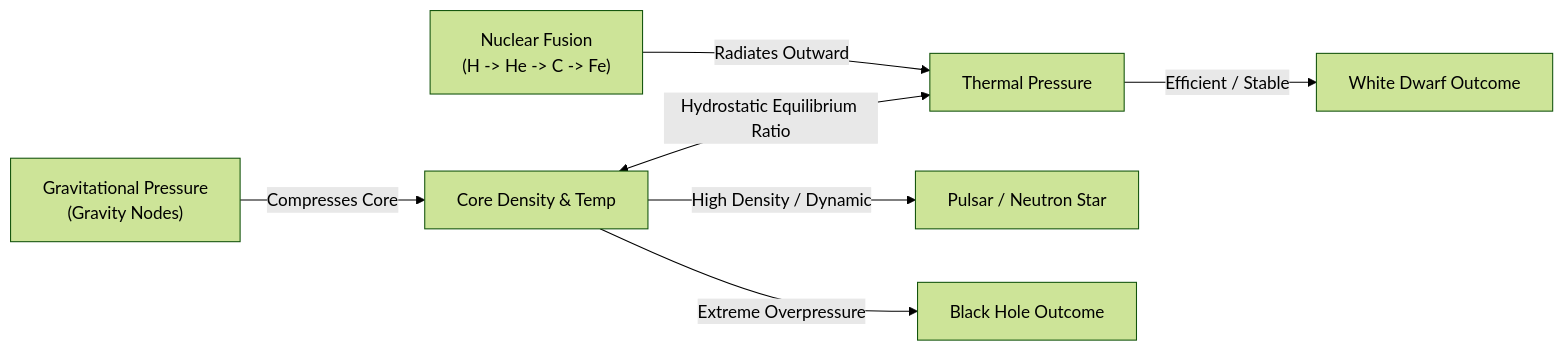
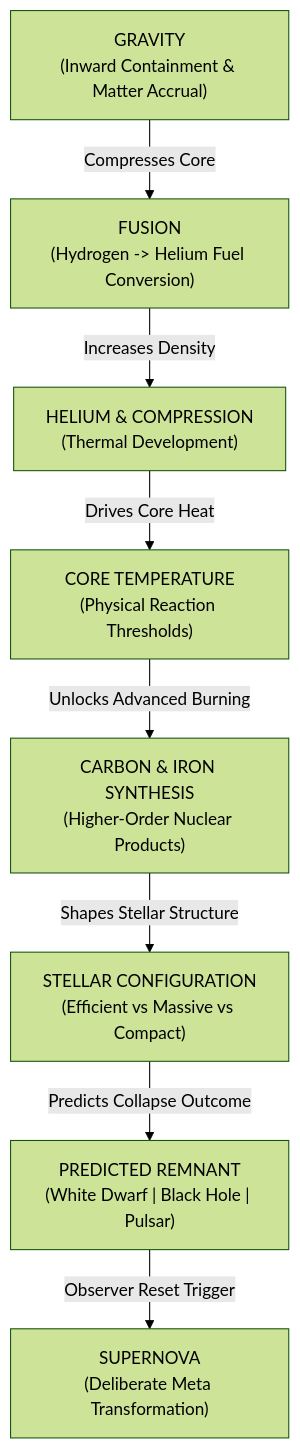
One commit to Entropy030/star-forge-idle changed the second of 3 diagrams in docs/10_P5_DESIGN_SYNTHESIS.md. Above: the diagram before and after it, drawn with Mermaid (forest theme). The commit also changed other lines of this file, not shown here.

````diff
--- a/docs/10_P5_DESIGN_SYNTHESIS.md
+++ b/docs/10_P5_DESIGN_SYNTHESIS.md
@@ -324,9 +263,10 @@
 ```mermaid
-graph LR
-  Gravity["Gravitational Pressure\n(Gravity Nodes)"] -->|"Compresses Core"| Density["Core Density & Temp"]
-  Fusion["Nuclear Fusion\n(H -> He -> C -> Fe)"] -->|"Radiates Outward"| Pressure["Thermal Pressure"]
-  Density <-->|"Hydrostatic Equilibrium Ratio"| Pressure
-  Pressure -->|"Efficient / Stable"| WhiteDwarf["White Dwarf Outcome"]
-  Density -->|"High Density / Dynamic"| Neutron["Pulsar / Neutron Star"]
-  Density -->|"Extreme Overpressure"| BlackHole["Black Hole Outcome"]
+graph TD
+  Grav["GRAVITY\n(Inward Containment & Matter Accrual)"] -->|"Compresses Core"| Fuel["FUSION\n(Hydrogen -> Helium Fuel Conversion)"]
+  Fuel -->|"Increases Density"| Comp["HELIUM & COMPRESSION\n(Thermal Development)"]
+  Comp -->|"Drives Core Heat"| Temp["CORE TEMPERATURE\n(Physical Reaction Thresholds)"]
+  Temp -->|"Unlocks Advanced Burning"| Advanced["CARBON & IRON SYNTHESIS\n(Higher-Order Nuclear Products)"]
+  Advanced -->|"Shapes Stellar Structure"| Config["STELLAR CONFIGURATION\n(Efficient vs Massive vs Compact)"]
+  Config -->|"Predicts Collapse Outcome"| Remnant["PREDICTED REMNANT\n(White Dwarf | Black Hole | Pulsar)"]
+  Remnant -->|"Observer Reset Trigger"| Nova["SUPERNOVA\n(Deliberate Meta Transformation)"]
 ```
````
